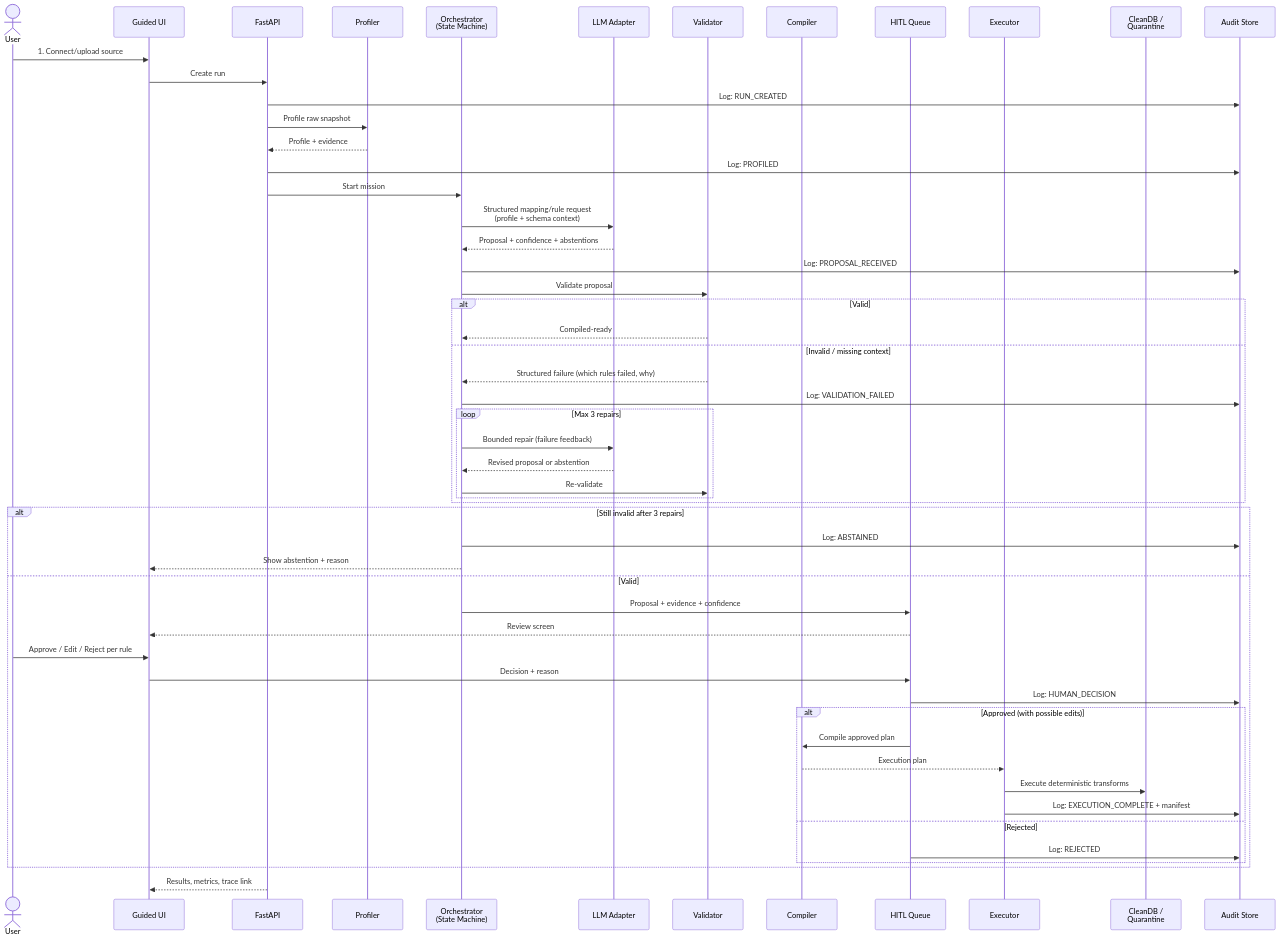
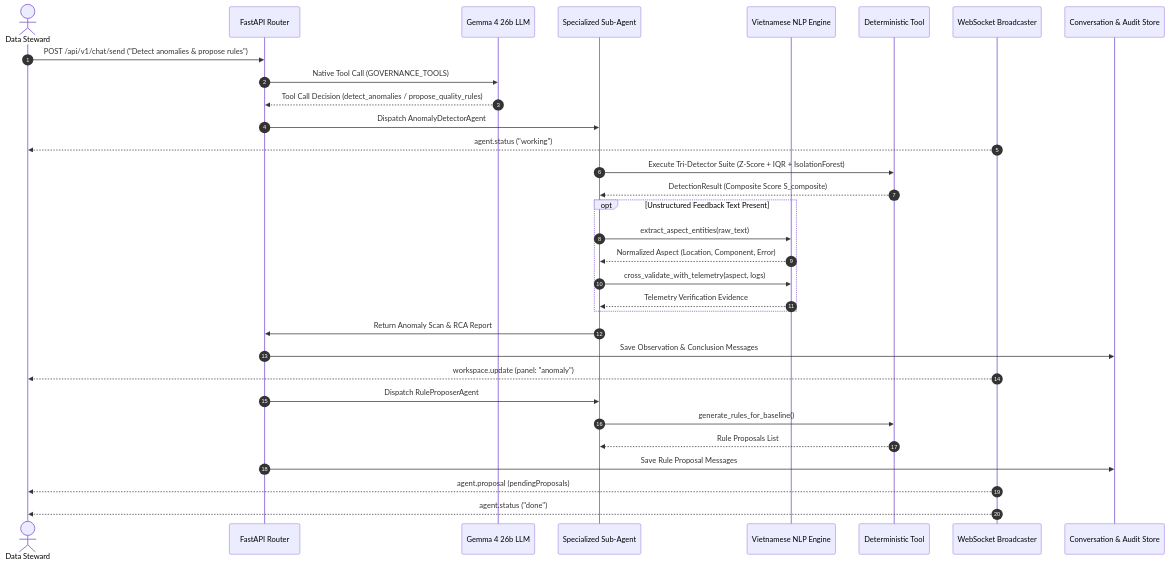
One commit to Dino1059/Phase2_VSF changed the fourth of 6 diagrams in ARCHITECTURE.md. Above: the diagram before and after it, drawn with Mermaid. The commit also changed other lines of this file and 25 other files, not shown here.

````diff
--- a/ARCHITECTURE.md
+++ b/ARCHITECTURE.md
@@ -335,62 +184,41 @@
 ```mermaid
 sequenceDiagram
-    actor User
-    participant UI as Guided UI
-    participant API as FastAPI
-    participant P as Profiler
-    participant O as Orchestrator<br/>(State Machine)
-    participant L as LLM Adapter
-    participant V as Validator
-    participant C as Compiler
-    participant H as HITL Queue
-    participant E as Executor
-    participant D as CleanDB /<br/>Quarantine
-    participant A as Audit Store
+    autonumber
+    actor User as Data Steward
+    participant API as FastAPI Router
+    participant LLM as Gemma 4 26b LLM
+    participant SubAgent as Specialized Sub-Agent
+    participant NLP as Vietnamese NLP Engine
+    participant Tool as Deterministic Tool
+    participant WS as WebSocket Broadcaster
+    participant Store as Conversation & Audit Store
 
-    User->>UI: 1. Connect/upload source
-    UI->>API: Create run
-    API->>A: Log: RUN_CREATED
-    API->>P: Profile raw snapshot
-    P-->>API: Profile + evidence
-    API->>A: Log: PROFILED
-
-    API->>O: Start mission
-    O->>L: Structured mapping/rule request<br/>(profile + schema context)
-    L-->>O: Proposal + confidence + abstentions
-    O->>A: Log: PROPOSAL_RECEIVED
-    O->>V: Validate proposal
-
-    alt Valid
-        V-->>O: Compiled-ready
-    else Invalid / missing context
-        V-->>O: Structured failure (which rules failed, why)
-        O->>A: Log: VALIDATION_FAILED
-        loop Max 3 repairs
-            O->>L: Bounded repair (failure feedback)
-            L-->>O: Revised proposal or abstention
-            O->>V: Re-validate
-        end
+    User->>API: POST /api/v1/chat/send ("Detect anomalies & propose rules")
+    API->>LLM: Native Tool Call (GOVERNANCE_TOOLS)
+    LLM-->>API: Tool Call Decision (detect_anomalies / propose_quality_rules)
+    
+    API->>SubAgent: Dispatch AnomalyDetectorAgent
+    WS-->>User: agent.status ("working")
+    
+    SubAgent->>Tool: Execute Tri-Detector Suite (Z-Score + IQR + IsolationForest)
+    Tool-->>SubAgent: DetectionResult (Composite Score S_composite)
+    
+    opt Unstructured Feedback Text Present
+        SubAgent->>NLP: extract_aspect_entities(raw_text)
+        NLP-->>SubAgent: Normalized Aspect (Location, Component, Error)
+        SubAgent->>NLP: cross_validate_with_telemetry(aspect, logs)
+        NLP-->>SubAgent: Telemetry Verification Evidence
     end
 
-    alt Still invalid after 3 repairs
-        O->>A: Log: ABSTAINED
-        O-->>UI: Show abstention + reason
-    else Valid
-        O->>H: Proposal + evidence + confidence
-        H-->>UI: Review screen
-        User->>UI: Approve / Edit / Reject per rule
-        UI->>H: Decision + reason
-        H->>A: Log: HUMAN_DECISION
-
-        alt Approved (with possible edits)
-            H->>C: Compile approved plan
-            C-->>E: Execution plan
-            E->>D: Execute deterministic transforms
-            E->>A: Log: EXECUTION_COMPLETE + manifest
-        else Rejected
-            H->>A: Log: REJECTED
-        end
-    end
-
-    API-->>UI: Results, metrics, trace link
+    SubAgent->>API: Return Anomaly Scan & RCA Report
+    API->>Store: Save Observation & Conclusion Messages
+    WS-->>User: workspace.update (panel: "anomaly")
+    
+    API->>SubAgent: Dispatch RuleProposerAgent
+    SubAgent->>Tool: generate_rules_for_baseline()
+    Tool-->>SubAgent: Rule Proposals List
+    
+    API->>Store: Save Rule Proposal Messages
+    WS-->>User: agent.proposal (pendingProposals)
+    WS-->>User: agent.status ("done")
 ```
````
